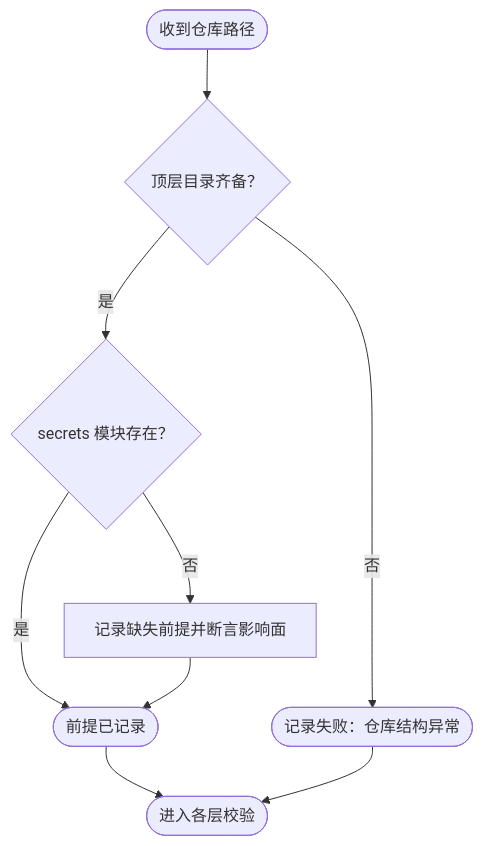
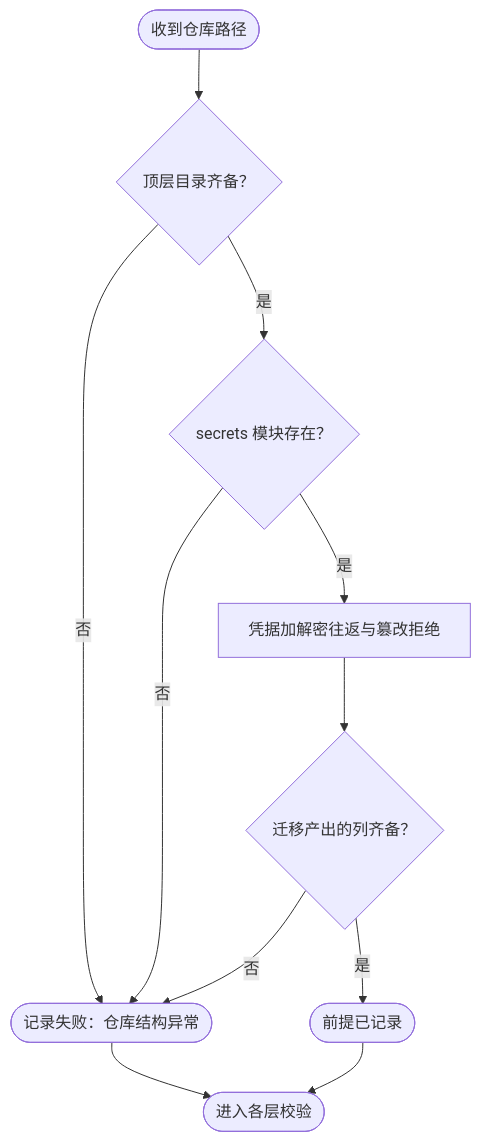
Before and after one commit to yunjies/knowledge-base: the second of 2 diagrams in assets/projects/home-lab/tests/README.md, drawn with Mermaid. The commit also changed other lines of this file and 4 other files, not shown here.

````diff
--- a/assets/projects/home-lab/tests/README.md
+++ b/assets/projects/home-lab/tests/README.md
@@ -72,11 +72,13 @@
 ```mermaid
 flowchart TD
     START_PRE(["收到仓库路径"]) --> CHECK_DIRS{"顶层目录齐备？"}
     CHECK_DIRS -- 否 --> PRE_FAIL(["记录失败：仓库结构异常"])
     CHECK_DIRS -- 是 --> CHECK_SECRETS{"secrets 模块存在？"}
-    CHECK_SECRETS -- 否 --> RECORD_ABSENT["记录缺失前提并断言影响面"]
-    CHECK_SECRETS -- 是 --> PRE_PASS(["前提已记录"])
-    RECORD_ABSENT --> PRE_PASS
+    CHECK_SECRETS -- 否 --> PRE_FAIL
+    CHECK_SECRETS -- 是 --> CHECK_ROUNDTRIP["凭据加解密往返与篡改拒绝"]
+    CHECK_ROUNDTRIP --> CHECK_SCHEMA{"迁移产出的列齐备？"}
+    CHECK_SCHEMA -- 否 --> PRE_FAIL
+    CHECK_SCHEMA -- 是 --> PRE_PASS(["前提已记录"])
     PRE_PASS --> DONE_PRE(["进入各层校验"])
     PRE_FAIL --> DONE_PRE
 ```
````
